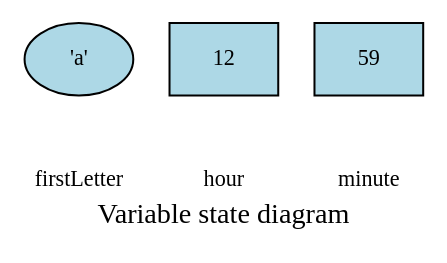
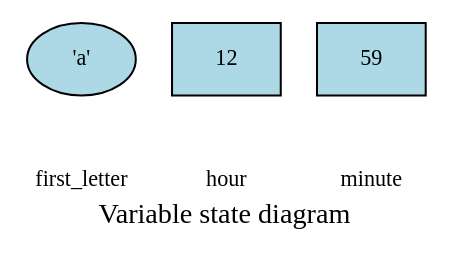
The diagram in _sources/chapter2/assignment.rst (DaveParillo/cisc192-reader), drawn with Graphviz before and after one commit. The commit also changed other lines of this file and 18 other files, not shown here.

```diff
--- a/_sources/chapter2/assignment.rst
+++ b/_sources/chapter2/assignment.rst
@@ -47,32 +61,32 @@
 .. digraph:: state
    :align: center
    :alt: Variable state diagram
 
    fontname = "Bitstream Vera Sans"
    node [
       fontname = "Bitstream Vera Sans"
       fontsize = 11
       style=filled
       fillcolor=lightblue
    ]
    edge [style=invis, constraint=false]
 
    label="Variable state diagram";
    labelloc=bottom;
    letter [label="'a'"];
    hour [label="12", shape="box"];
    min [label="59", shape="box"];
    letter -> hour -> min;
 
    node [
        shape="plain"
        style=none
    ]
    edge [constraint=true]
-   t1 [label="firstLetter"];
+   t1 [label="first_letter"];
    t2 [label="hour"];
    t3 [label="minute"];
    letter -> t1;
    hour -> t2;
    min -> t3;
    {rank=sink; t1 t2 t3};
```
